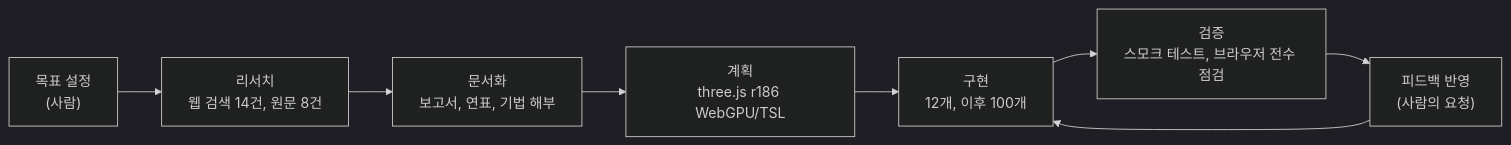
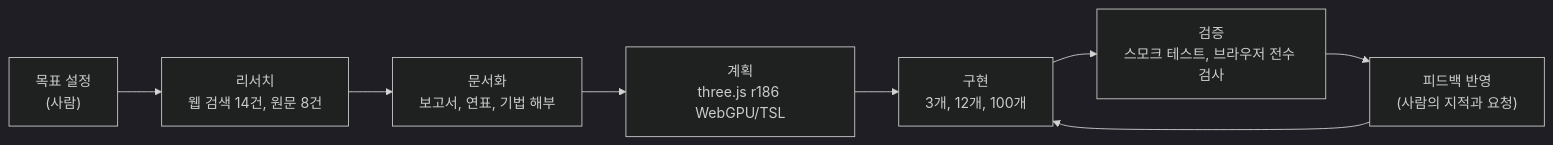
Before and after one commit to epicsagas/pigment-atlas: the diagram in README.md, drawn with Mermaid (dark theme). The commit also changed other lines of this file and 1 other file, not shown here.

````diff
--- a/README.md
+++ b/README.md
@@ -9,10 +16,10 @@
 ```mermaid
 flowchart LR
     G["목표 설정<br/>(사람)"] --> R["리서치<br/>웹 검색 14건, 원문 8건"]
     R --> D["문서화<br/>보고서, 연표, 기법 해부"]
     D --> P["계획<br/>three.js r186 WebGPU/TSL"]
-    P --> I["구현<br/>12개, 이후 100개"]
-    I --> V["검증<br/>스모크 테스트, 브라우저 전수 점검"]
-    V --> F["피드백 반영<br/>(사람의 요청)"]
+    P --> I["구현<br/>3개, 12개, 100개"]
+    I --> V["검증<br/>스모크 테스트, 브라우저 전수 검사"]
+    V --> F["피드백 반영<br/>(사람의 지적과 요청)"]
     F --> I
 ```
````
